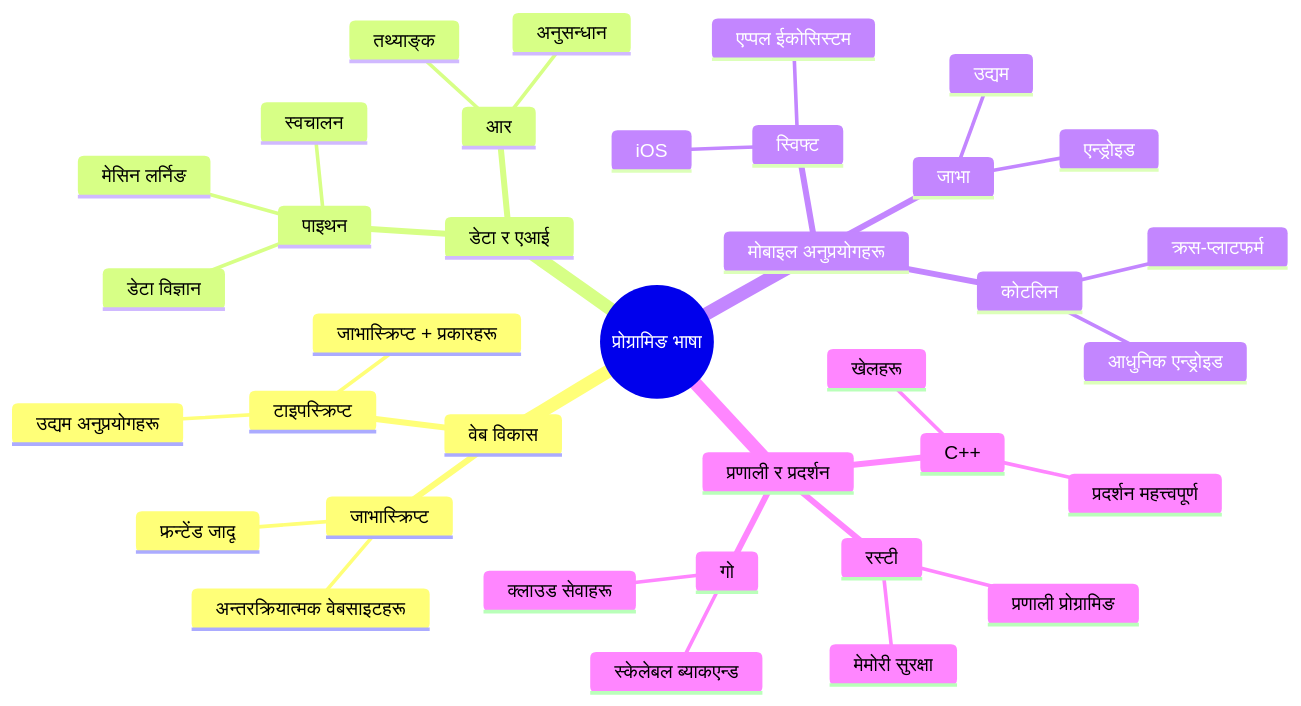
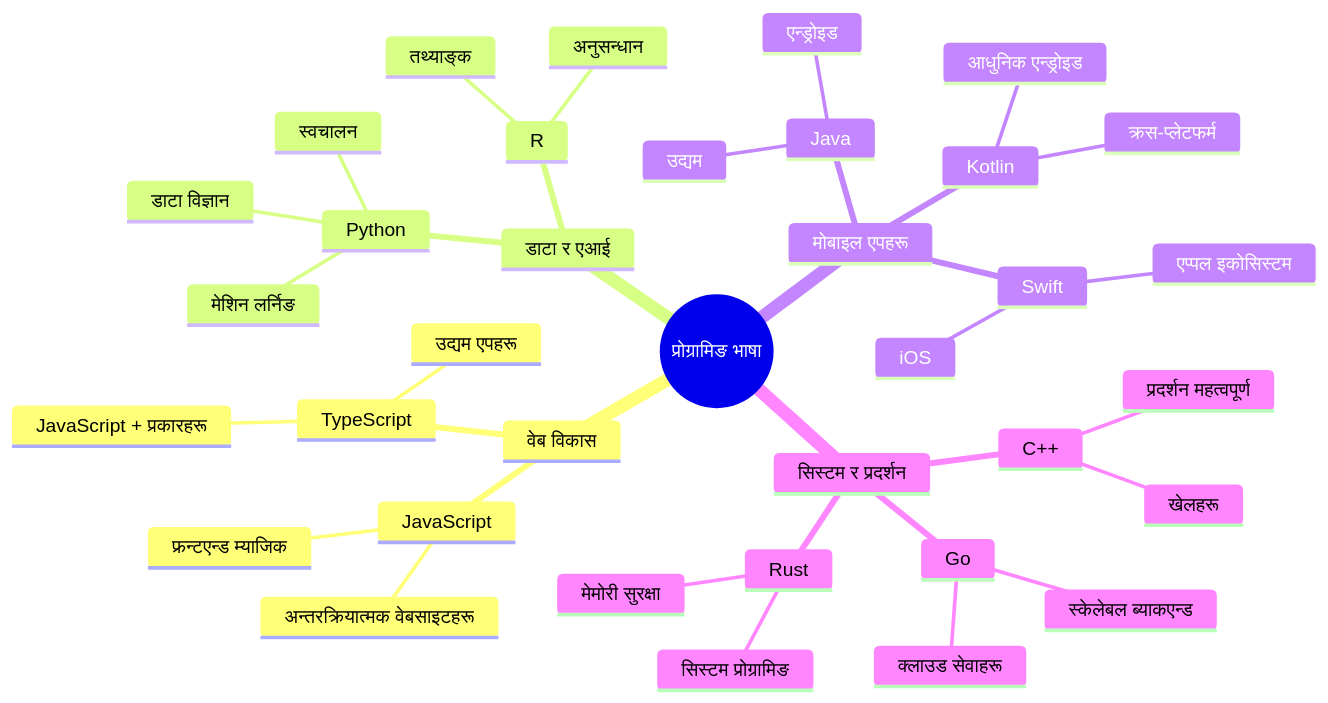
The second of 7 diagrams in translations/ne/1-getting-started-lessons/1-intro-to-programming-languages/README.md (microsoft/Web-Dev-For-Beginners), drawn with Mermaid before and after one commit. The commit also changed other lines of this file and 11 other files, not shown here.

````diff
--- a/translations/ne/1-getting-started-lessons/1-intro-to-programming-languages/README.md
+++ b/translations/ne/1-getting-started-lessons/1-intro-to-programming-languages/README.md
@@ -85,39 +85,39 @@
 ```mermaid
 mindmap
   root((प्रोग्रामिङ भाषा))
     वेब विकास
-      जाभास्क्रिप्ट
-        फ्रन्टेंड जादू
+      JavaScript
+        फ्रन्टएन्ड म्याजिक
         अन्तरक्रियात्मक वेबसाइटहरू
-      टाइपस्क्रिप्ट
-        जाभास्क्रिप्ट + प्रकारहरू
-        उद्यम अनुप्रयोगहरू
-    डेटा र एआई
-      पाइथन
-        डेटा विज्ञान
-        मेसिन लर्निङ
+      TypeScript
+        JavaScript + प्रकारहरू
+        उद्यम एपहरू
+    डाटा र एआई
+      Python
+        डाटा विज्ञान
+        मेशिन लर्निङ
         स्वचालन
-      आर
+      R
         तथ्याङ्क
         अनुसन्धान
-    मोबाइल अनुप्रयोगहरू
-      जाभा
+    मोबाइल एपहरू
+      Java
         एन्ड्रोइड
         उद्यम
-      स्विफ्ट
+      Swift
         iOS
-        एप्पल ईकोसिस्टम
-      कोटलिन
+        एप्पल इकोसिस्टम
+      Kotlin
         आधुनिक एन्ड्रोइड
-        क्रस-प्लाटफर्म
-    प्रणाली र प्रदर्शन
+        क्रस-प्लेटफर्म
+    सिस्टम र प्रदर्शन
       C++
         खेलहरू
-        प्रदर्शन महत्त्वपूर्ण
-      रस्टी
+        प्रदर्शन महत्वपूर्ण
+      Rust
         मेमोरी सुरक्षा
-        प्रणाली प्रोग्रामिङ
-      गो
+        सिस्टम प्रोग्रामिङ
+      Go
         क्लाउड सेवाहरू
         स्केलेबल ब्याकएन्ड
 ```
````
